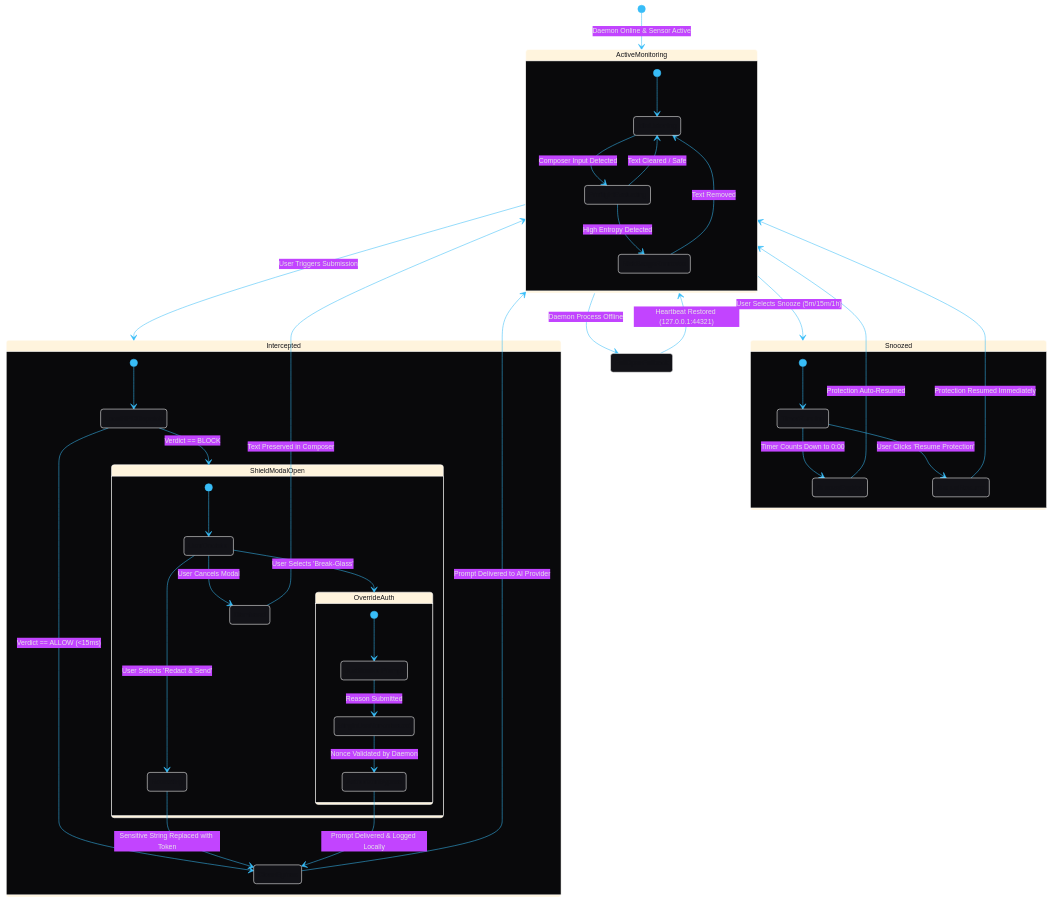
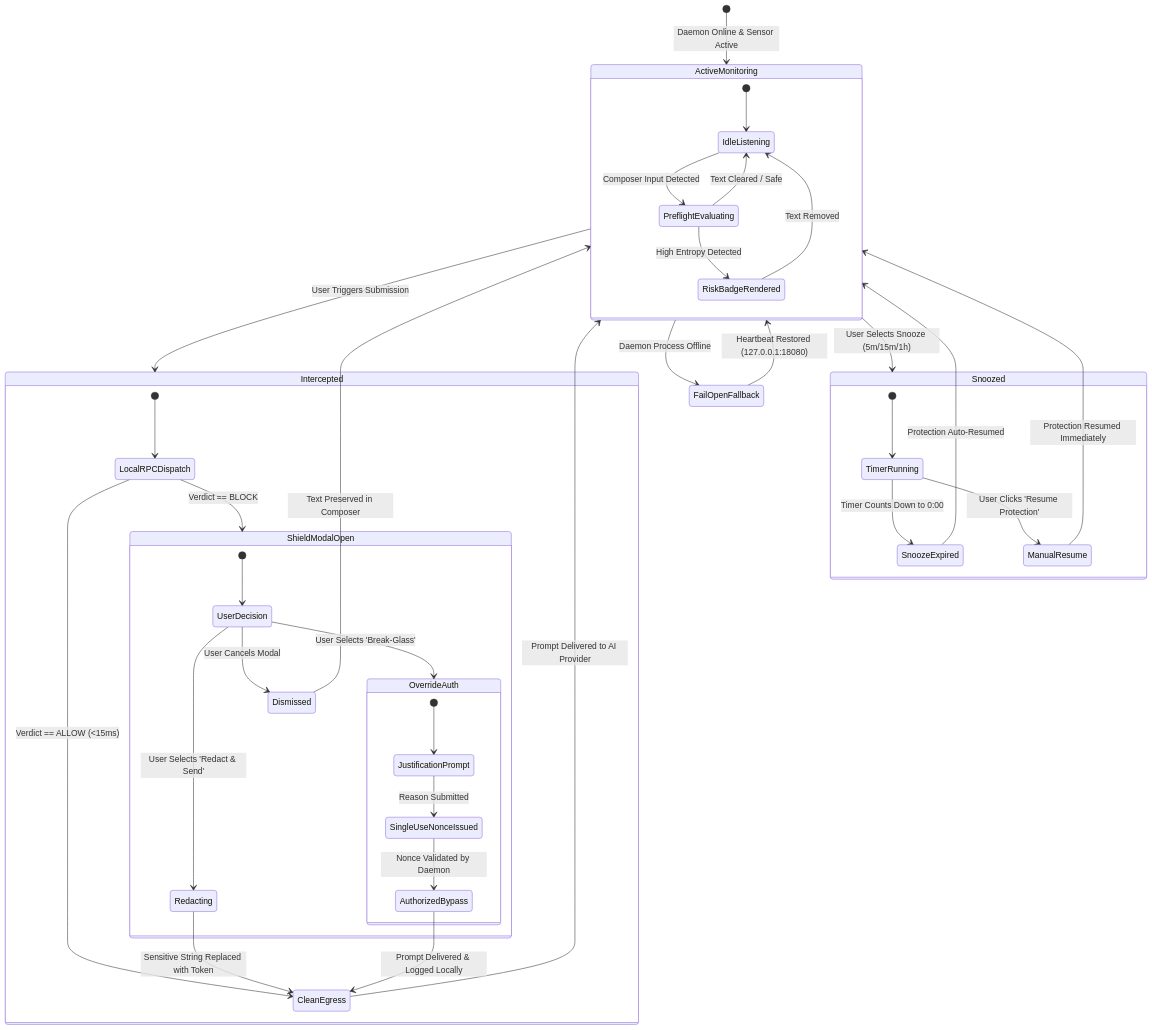
Before and after one commit to sudohackfu/saif-free-tier: the fourth of 5 diagrams in docs/ARCHITECTURE.md, drawn with Mermaid. The commit also changed other lines of this file and 2 other files, not shown here.

Commit message:
docs: standardize Mermaid syntax for universal Antigravity IDE rendering

````diff
--- a/docs/ARCHITECTURE.md
+++ b/docs/ARCHITECTURE.md
@@ -293,72 +257,54 @@
 ```mermaid
-%%{init: {
-  'theme': 'base',
-  'themeVariables': {
-    'darkMode': true,
-    'background': '#09090b',
-    'stateBkg': '#121217',
-    'stateBorder': '#3b82f6',
-    'stateTextColor': '#60a5fa',
-    'innerStateBkg': '#09090b',
-    'innerStateBorder': '#27272a',
-    'innerStateTextColor': '#f4f4f5',
-    'lineColor': '#38bdf8',
-    'transitionColor': '#38bdf8',
-    'transitionLabelColor': '#e4e4e7',
-    'fontFamily': 'Inter, system-ui, -apple-system, sans-serif',
-    'fontSize': '13px'
-  }
-}}%%
 stateDiagram-v2
     [*] --> ActiveMonitoring : Daemon Online & Sensor Active
 
     state ActiveMonitoring {
         [*] --> IdleListening
         IdleListening --> PreflightEvaluating : Composer Input Detected
         PreflightEvaluating --> IdleListening : Text Cleared / Safe
         PreflightEvaluating --> RiskBadgeRendered : High Entropy Detected
         RiskBadgeRendered --> IdleListening : Text Removed
     }
 
     ActiveMonitoring --> Intercepted : User Triggers Submission
     
     state Intercepted {
         [*] --> LocalRPCDispatch
         LocalRPCDispatch --> CleanEgress : Verdict == ALLOW (<15ms)
         LocalRPCDispatch --> ShieldModalOpen : Verdict == BLOCK
     }
 
     CleanEgress --> ActiveMonitoring : Prompt Delivered to AI Provider
 
     state ShieldModalOpen {
         [*] --> UserDecision
         UserDecision --> Redacting : User Selects 'Redact & Send'
         UserDecision --> OverrideAuth : User Selects 'Break-Glass'
         UserDecision --> Dismissed : User Cancels Modal
     }
 
     Redacting --> CleanEgress : Sensitive String Replaced with Token
     Dismissed --> ActiveMonitoring : Text Preserved in Composer
 
     state OverrideAuth {
         [*] --> JustificationPrompt
         JustificationPrompt --> SingleUseNonceIssued : Reason Submitted
         SingleUseNonceIssued --> AuthorizedBypass : Nonce Validated by Daemon
     }
 
     AuthorizedBypass --> CleanEgress : Prompt Delivered & Logged Locally
 
     ActiveMonitoring --> Snoozed : User Selects Snooze (5m/15m/1h)
     
     state Snoozed {
         [*] --> TimerRunning
         TimerRunning --> SnoozeExpired : Timer Counts Down to 0:00
         TimerRunning --> ManualResume : User Clicks 'Resume Protection'
     }
 
     SnoozeExpired --> ActiveMonitoring : Protection Auto-Resumed
     ManualResume --> ActiveMonitoring : Protection Resumed Immediately
 
     ActiveMonitoring --> FailOpenFallback : Daemon Process Offline
-    FailOpenFallback --> ActiveMonitoring : Heartbeat Restored (127.0.0.1:44321)
+    FailOpenFallback --> ActiveMonitoring : Heartbeat Restored (127.0.0.1:18080)
 ```
````
